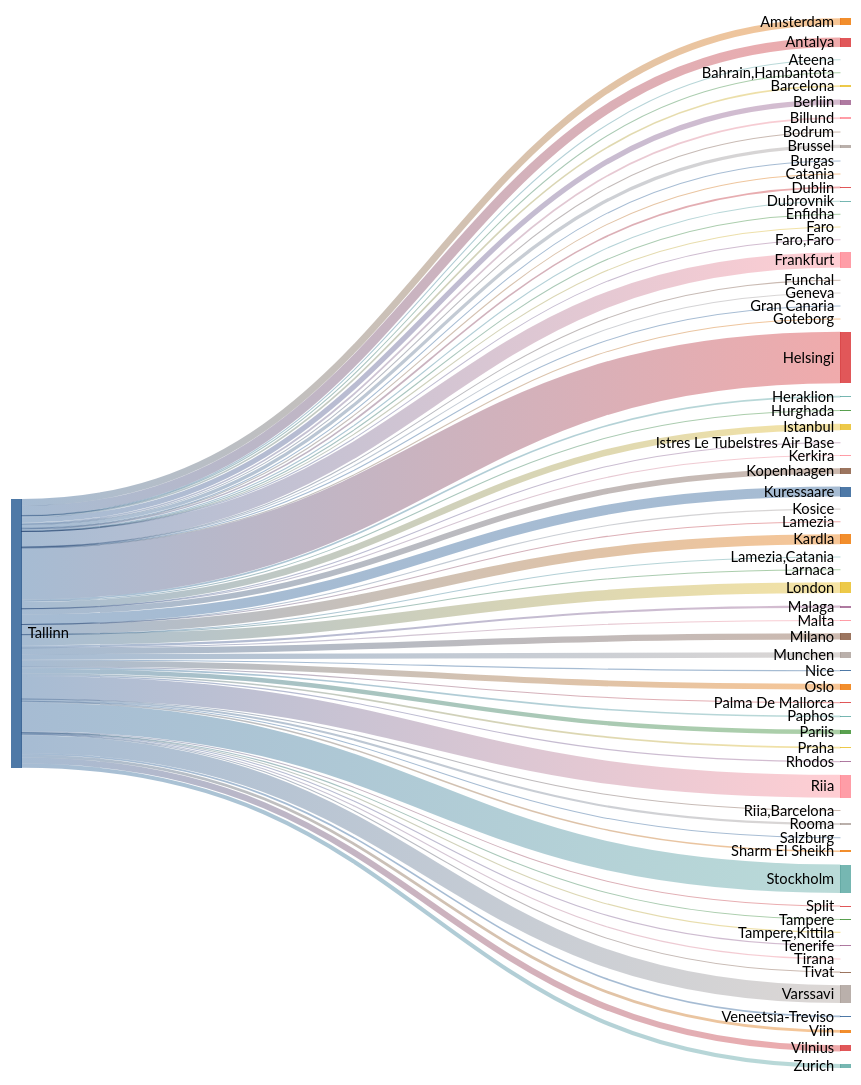
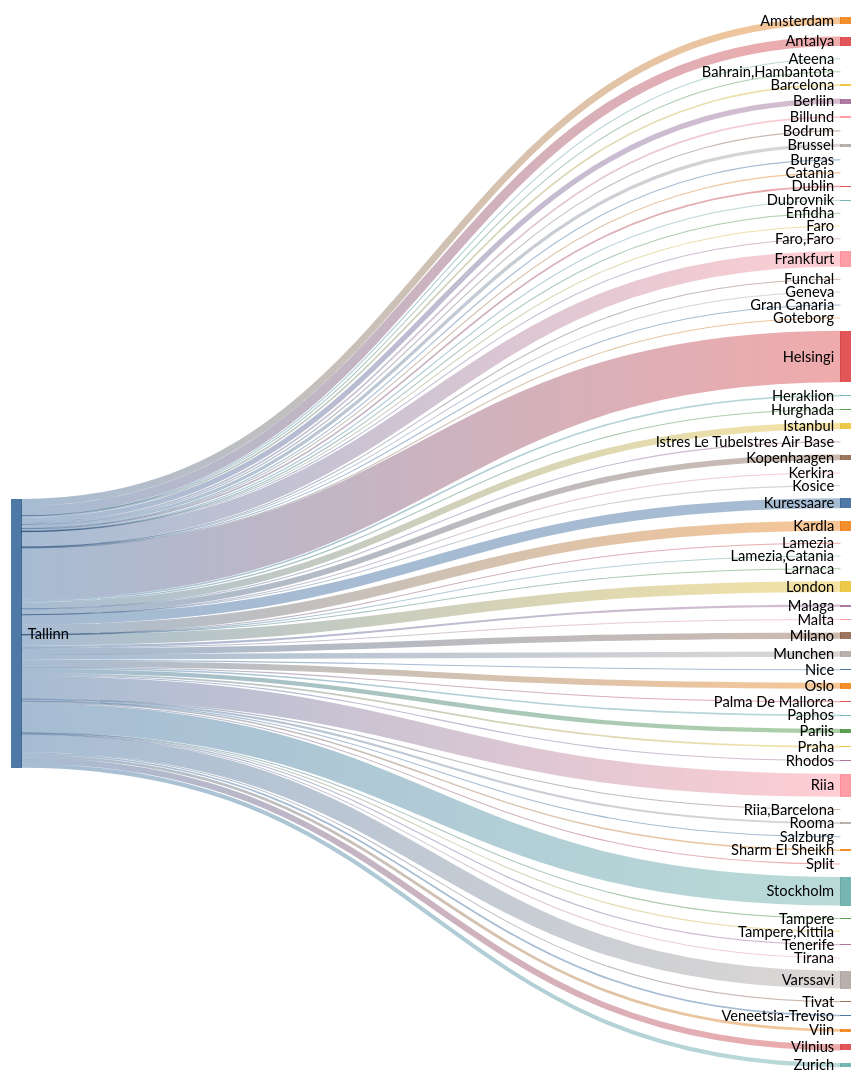
The second of 2 diagrams in README.md (rainermesi/tll-airport-departures), drawn with Mermaid (forest theme) before and after one commit. The commit also changed other lines of this file, not shown here.

````diff
--- a/README.md
+++ b/README.md
@@ -34,76 +34,76 @@
 ```mermaid
 ---
 config:
   sankey:
     showValues: false
     width: 800
     height: 1000
 ---
 sankey-beta
 %% source,target,value
-Tallinn,Amsterdam,193
+Tallinn,Amsterdam,194
 Tallinn,Antalya,264
 Tallinn,Ateena,16
 Tallinn,"Bahrain,Hambantota",1
 Tallinn,Barcelona,45
-Tallinn,Berliin,147
+Tallinn,Berliin,148
 Tallinn,Billund,49
 Tallinn,Bodrum,11
 Tallinn,Brussel,92
 Tallinn,Burgas,21
 Tallinn,Catania,2
-Tallinn,Dublin,46
+Tallinn,Dublin,47
 Tallinn,Dubrovnik,21
 Tallinn,Enfidha,7
 Tallinn,Faro,4
 Tallinn,"Faro,Faro",1
-Tallinn,Frankfurt,429
+Tallinn,Frankfurt,431
 Tallinn,Funchal,5
-Tallinn,Geneva,2
+Tallinn,Geneva,3
 Tallinn,Gran Canaria,22
 Tallinn,Goteborg,1
-Tallinn,Helsingi,1451
+Tallinn,Helsingi,1457
 Tallinn,Heraklion,46
-Tallinn,Hurghada,29
-Tallinn,Istanbul,184
+Tallinn,Hurghada,31
+Tallinn,Istanbul,186
 Tallinn,Istres Le TubeIstres Air Base,2
 Tallinn,Kerkira,4
 Tallinn,Kopenhaagen,163
 Tallinn,Kosice,1
-Tallinn,Kuressaare,279
-Tallinn,Kardla,279
+Tallinn,Kuressaare,280
+Tallinn,Kardla,280
 Tallinn,Lamezia,1
 Tallinn,"Lamezia,Catania",3
 Tallinn,Larnaca,4
-Tallinn,London,298
+Tallinn,London,300
 Tallinn,Malaga,60
 Tallinn,Malta,15
-Tallinn,Milano,176
-Tallinn,Munchen,152
+Tallinn,Milano,177
+Tallinn,Munchen,153
 Tallinn,Nice,25
 Tallinn,Oslo,168
 Tallinn,Palma De Mallorca,19
 Tallinn,Paphos,46
 Tallinn,Pariis,123
 Tallinn,Praha,49
 Tallinn,Rhodos,32
-Tallinn,Riia,647
+Tallinn,Riia,651
 Tallinn,"Riia,Barcelona",1
 Tallinn,Rooma,59
-Tallinn,Salzburg,3
+Tallinn,Salzburg,4
 Tallinn,Sharm El Sheikh,42
 Tallinn,Split,25
-Tallinn,Stockholm,803
+Tallinn,Stockholm,806
 Tallinn,Tampere,17
-Tallinn,"Tampere,Kittila",3
+Tallinn,"Tampere,Kittila",4
 Tallinn,Tenerife,33
 Tallinn,Tirana,8
 Tallinn,Tivat,26
-Tallinn,Varssavi,502
+Tallinn,Varssavi,505
 Tallinn,Veneetsia-Treviso,47
 Tallinn,Viin,78
 Tallinn,Vilnius,173
-Tallinn,Zurich,116
+Tallinn,Zurich,117
 
 
 ```
````
